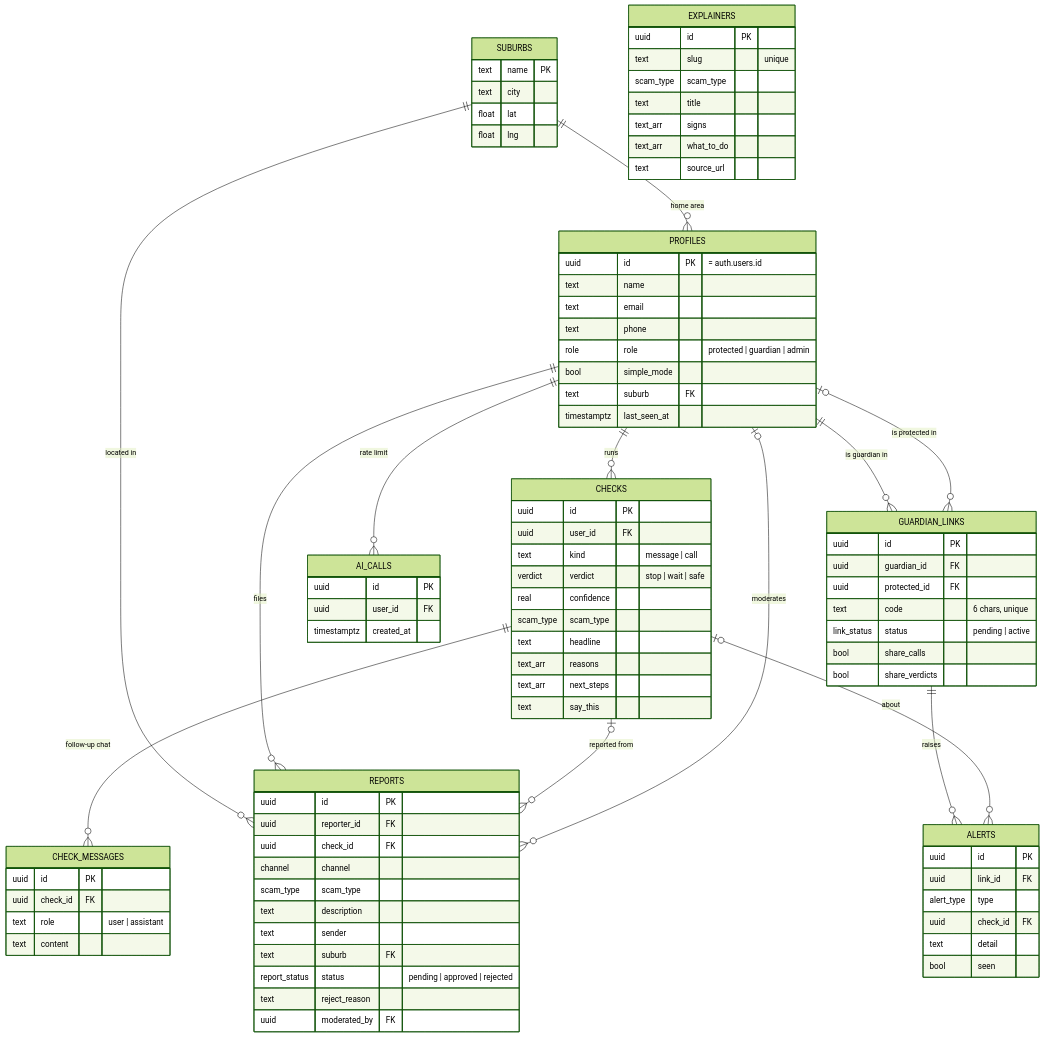
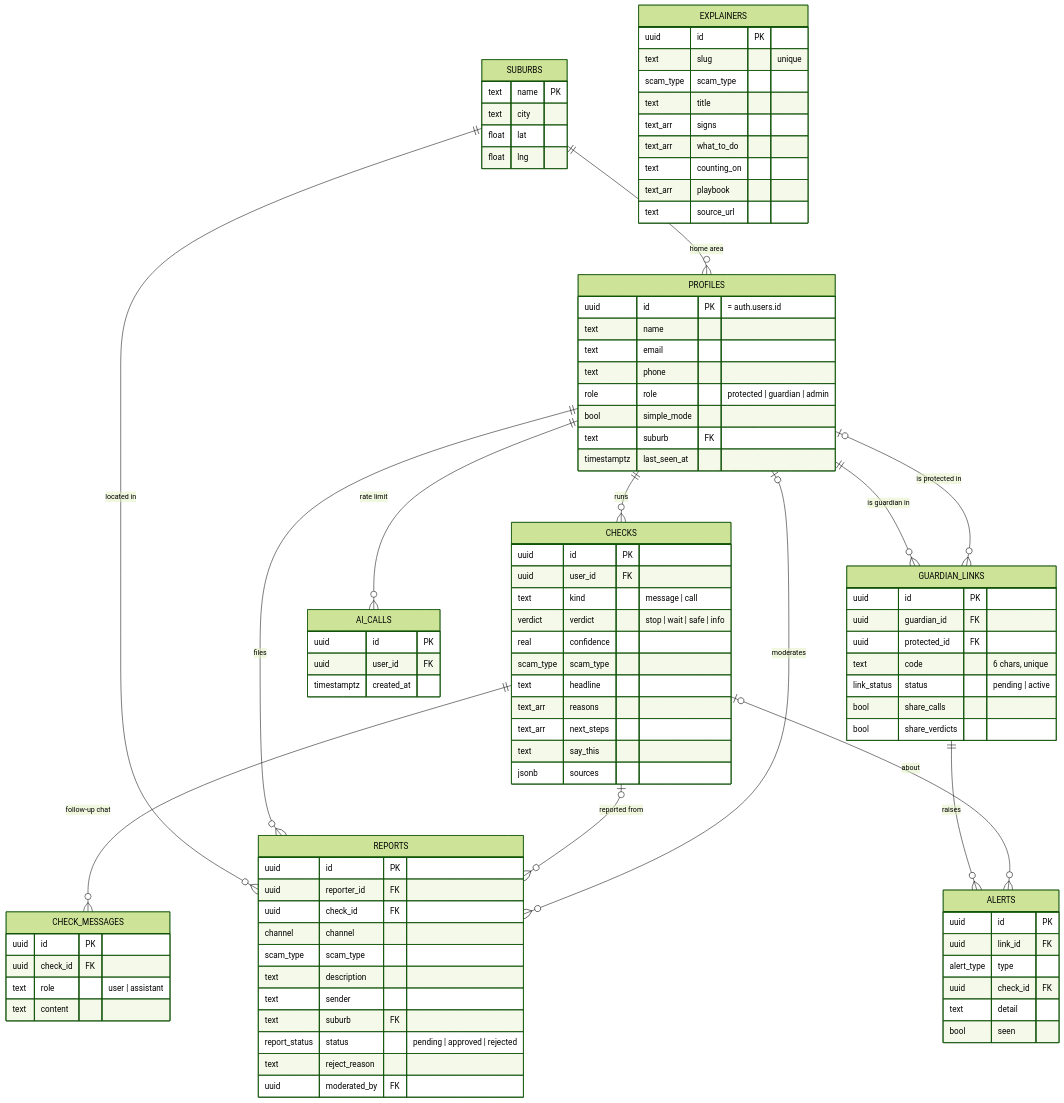
The third of 3 diagrams in README.md (victordupreez0/On-Hold), drawn with Mermaid (forest theme) before and after one commit. The commit also changed other lines of this file and 1 other file, not shown here.

```diff
--- a/README.md
+++ b/README.md
@@ -239,13 +312,14 @@
     uuid id PK
     uuid user_id FK
     text kind "message | call"
-    verdict verdict "stop | wait | safe"
+    verdict verdict "stop | wait | safe | info"
     real confidence
     scam_type scam_type
     text headline
     text_arr reasons
     text_arr next_steps
     text say_this
+    jsonb sources
   }
   CHECK_MESSAGES {
     uuid id PK
@@ -296,6 +370,8 @@
     text title
     text_arr signs
     text_arr what_to_do
+    text counting_on
+    text_arr playbook
     text source_url
   }
   AI_CALLS {
```
